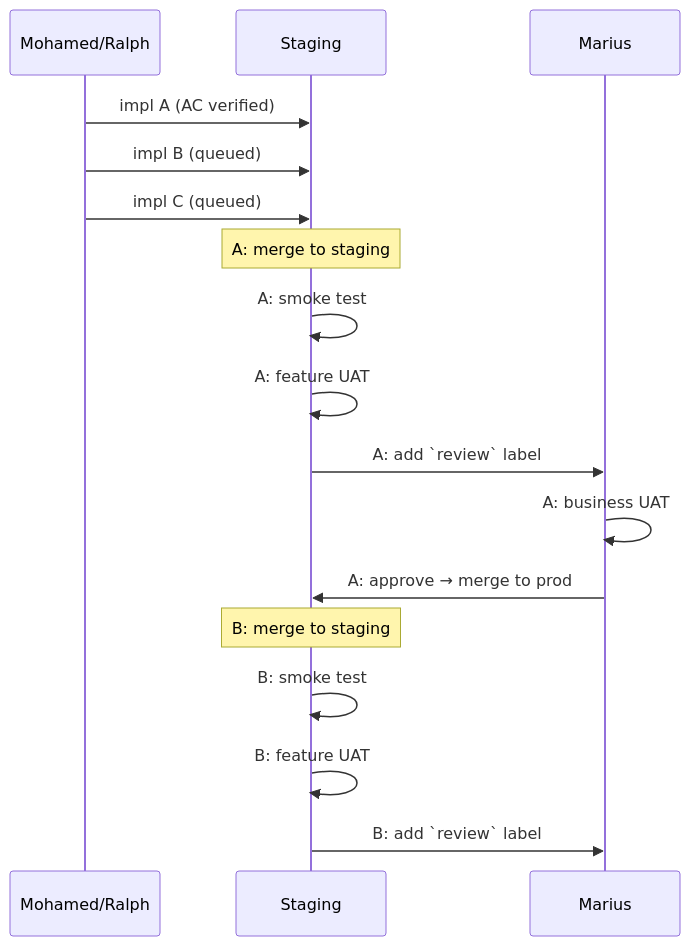
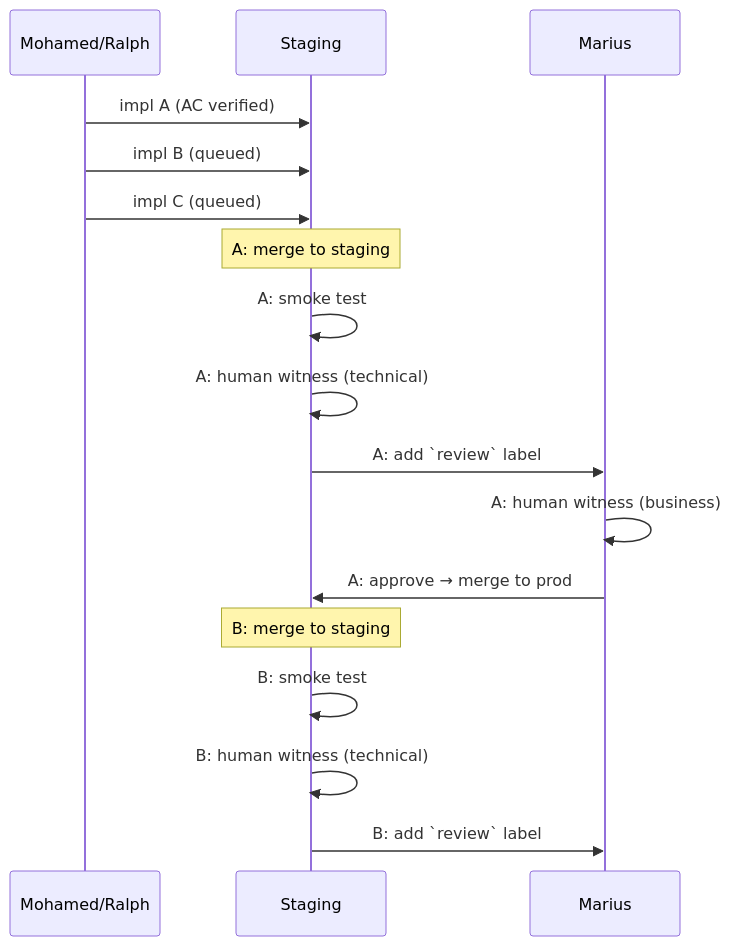
The diagram in global/ship-with-confidence.md (MariusWilsch/public-wilsch-ai-pages), drawn with Mermaid before and after one commit. The commit also changed other lines of this file, not shown here.

````diff
--- a/global/ship-with-confidence.md
+++ b/global/ship-with-confidence.md
@@ -120,22 +127,22 @@
 ```mermaid
 sequenceDiagram
     participant Dev as Mohamed/Ralph
     participant Stage as Staging
     participant Marius
 
     Dev->>Stage: impl A (AC verified)
     Dev->>Stage: impl B (queued)
     Dev->>Stage: impl C (queued)
 
     Note over Stage: A: merge to staging
     Stage->>Stage: A: smoke test
-    Stage->>Stage: A: feature UAT
+    Stage->>Stage: A: human witness (technical)
     Stage->>Marius: A: add `review` label
-    Marius->>Marius: A: business UAT
+    Marius->>Marius: A: human witness (business)
     Marius->>Stage: A: approve → merge to prod
 
     Note over Stage: B: merge to staging
     Stage->>Stage: B: smoke test
-    Stage->>Stage: B: feature UAT
+    Stage->>Stage: B: human witness (technical)
     Stage->>Marius: B: add `review` label
 ```
````
